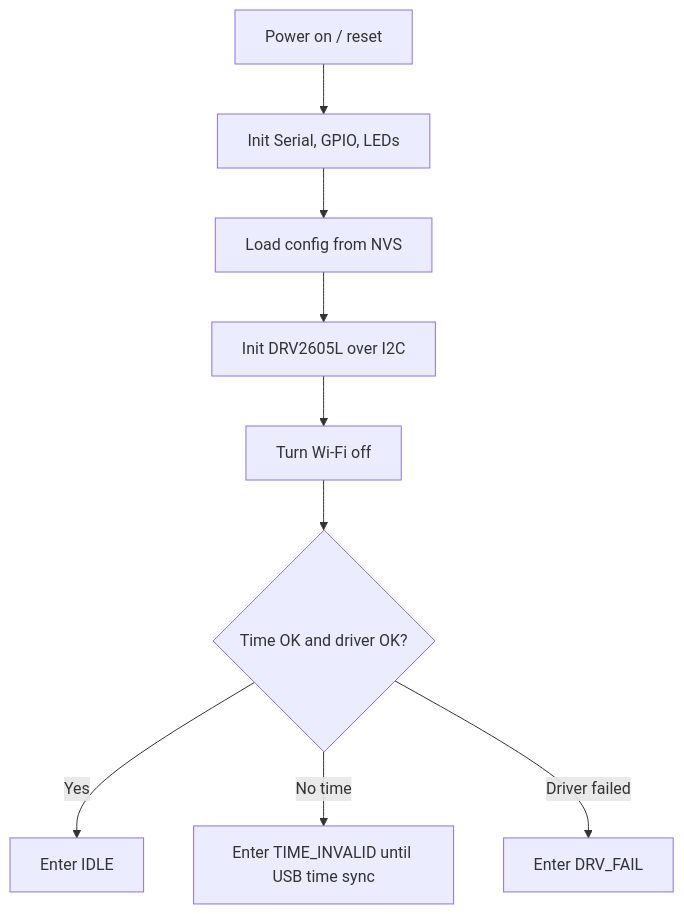
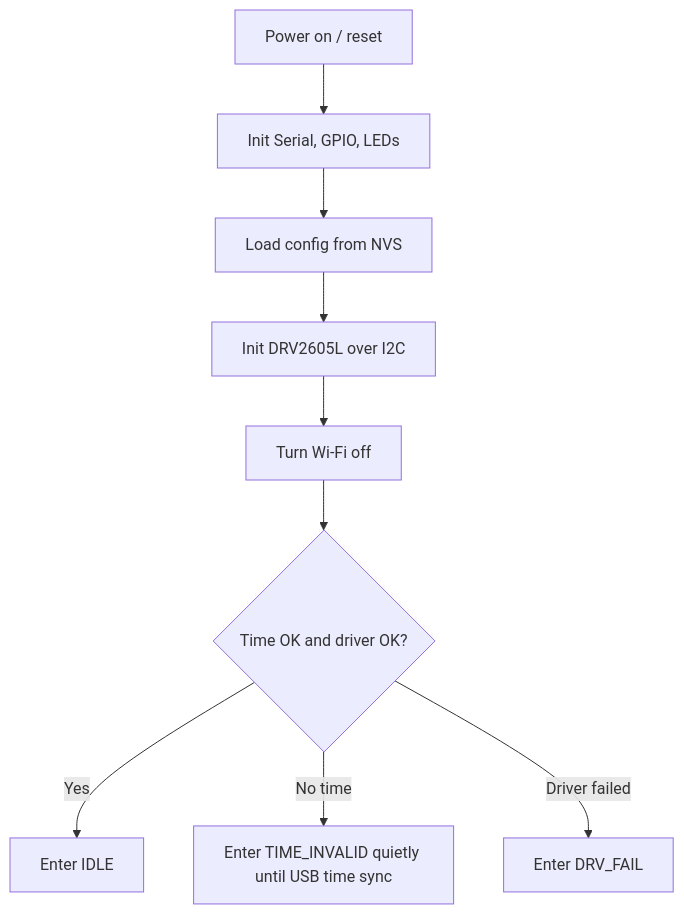
Before and after one commit to terry-eric/esp32c3-clock-web: the first of 2 diagrams in docs/MCU_LOGIC.md, drawn with Mermaid. The commit also changed other lines of this file and 3 other files, not shown here.

Commit message:
Limit USB time sync warning blink

````diff
--- a/docs/MCU_LOGIC.md
+++ b/docs/MCU_LOGIC.md
@@ -13,11 +13,11 @@
 ```mermaid
 flowchart TD
   A["Power on / reset"] --> B["Init Serial, GPIO, LEDs"]
   B --> C["Load config from NVS"]
   C --> D["Init DRV2605L over I2C"]
   D --> E["Turn Wi-Fi off"]
   E --> F{"Time OK and driver OK?"}
   F -- "Yes" --> G["Enter IDLE"]
-  F -- "No time" --> H["Enter TIME_INVALID until USB time sync"]
+  F -- "No time" --> H["Enter TIME_INVALID quietly until USB time sync"]
   F -- "Driver failed" --> I["Enter DRV_FAIL"]
 ```
````
